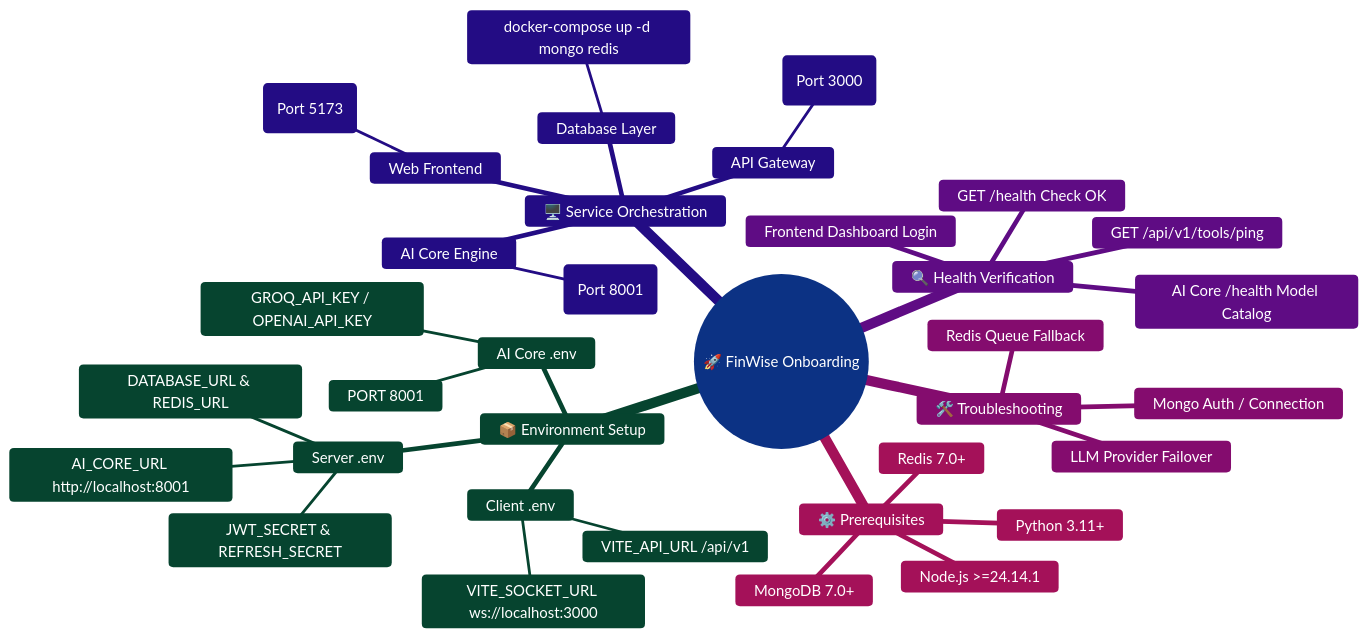
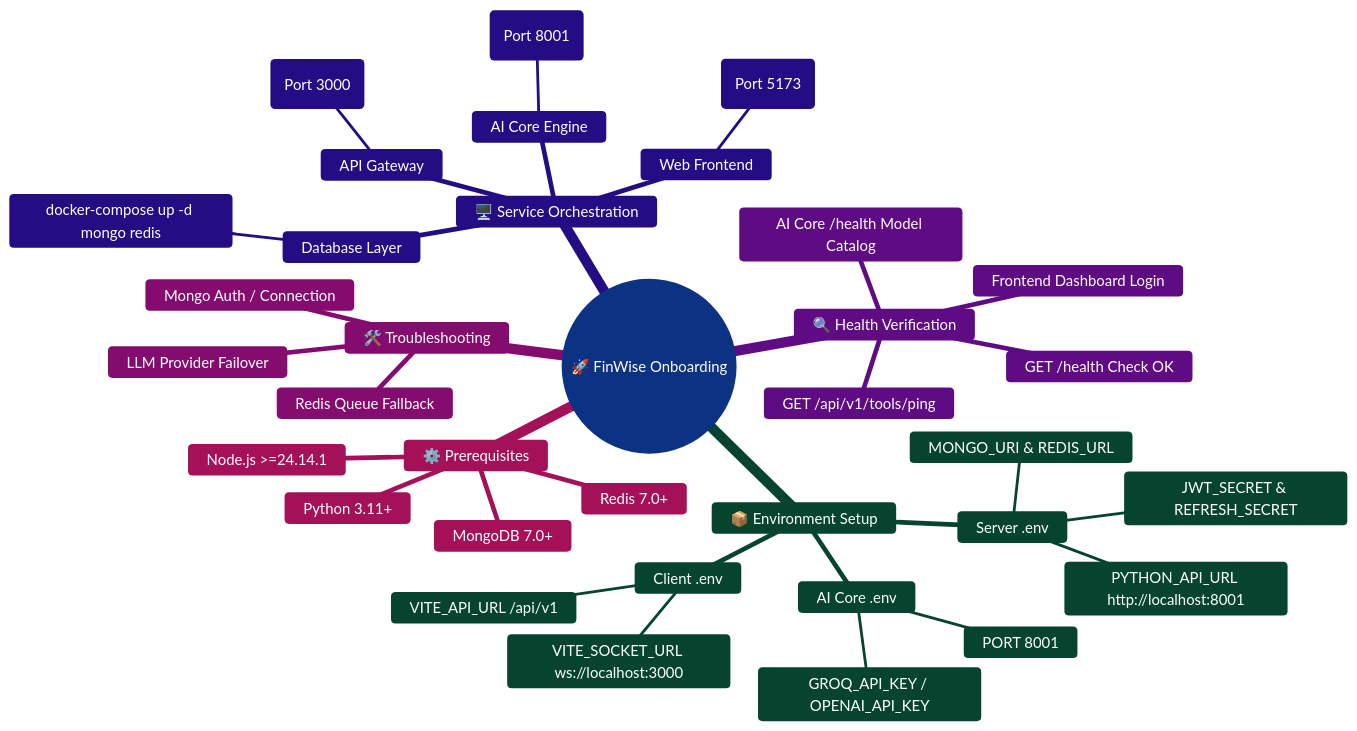
The first of 2 diagrams in documentation/01-getting-started.md (Ganesh172919/personal-finance), drawn with Mermaid before and after one commit. The commit also changed other lines of this file and 1026 other files, not shown here.

````diff
--- a/documentation/01-getting-started.md
+++ b/documentation/01-getting-started.md
@@ -652,39 +652,39 @@
 ```mermaid
 %%{init: {'theme': 'base', 'themeVariables': { 'primaryColor': '#2563eb', 'primaryTextColor': '#ffffff', 'primaryBorderColor': '#1d4ed8', 'lineColor': '#6366f1', 'secondaryColor': '#ec4899', 'tertiaryColor': '#10b981'}}}%%
 mindmap
   root((🚀 FinWise Onboarding))
     ⚙️ Prerequisites
       Node.js >=24.14.1
       Python 3.11+
       MongoDB 7.0+
       Redis 7.0+
     📦 Environment Setup
       Server .env
         JWT_SECRET & REFRESH_SECRET
-        DATABASE_URL & REDIS_URL
-        AI_CORE_URL http://localhost:8001
+        MONGO_URI & REDIS_URL
+        PYTHON_API_URL http://localhost:8001
       Client .env
         VITE_API_URL /api/v1
         VITE_SOCKET_URL ws://localhost:3000
       AI Core .env
         GROQ_API_KEY / OPENAI_API_KEY
         PORT 8001
     🖥️ Service Orchestration
       Database Layer
         docker-compose up -d mongo redis
       API Gateway
         npm run dev (Port 3000)
       AI Core Engine
         uvicorn api_service:app (Port 8001)
       Web Frontend
         npm run dev (Port 5173)
     🔍 Health Verification
       GET /health Check OK
       GET /api/v1/tools/ping
       AI Core /health Model Catalog
       Frontend Dashboard Login
     🛠️ Troubleshooting
       Mongo Auth / Connection
       Redis Queue Fallback
       LLM Provider Failover
 ```
````
